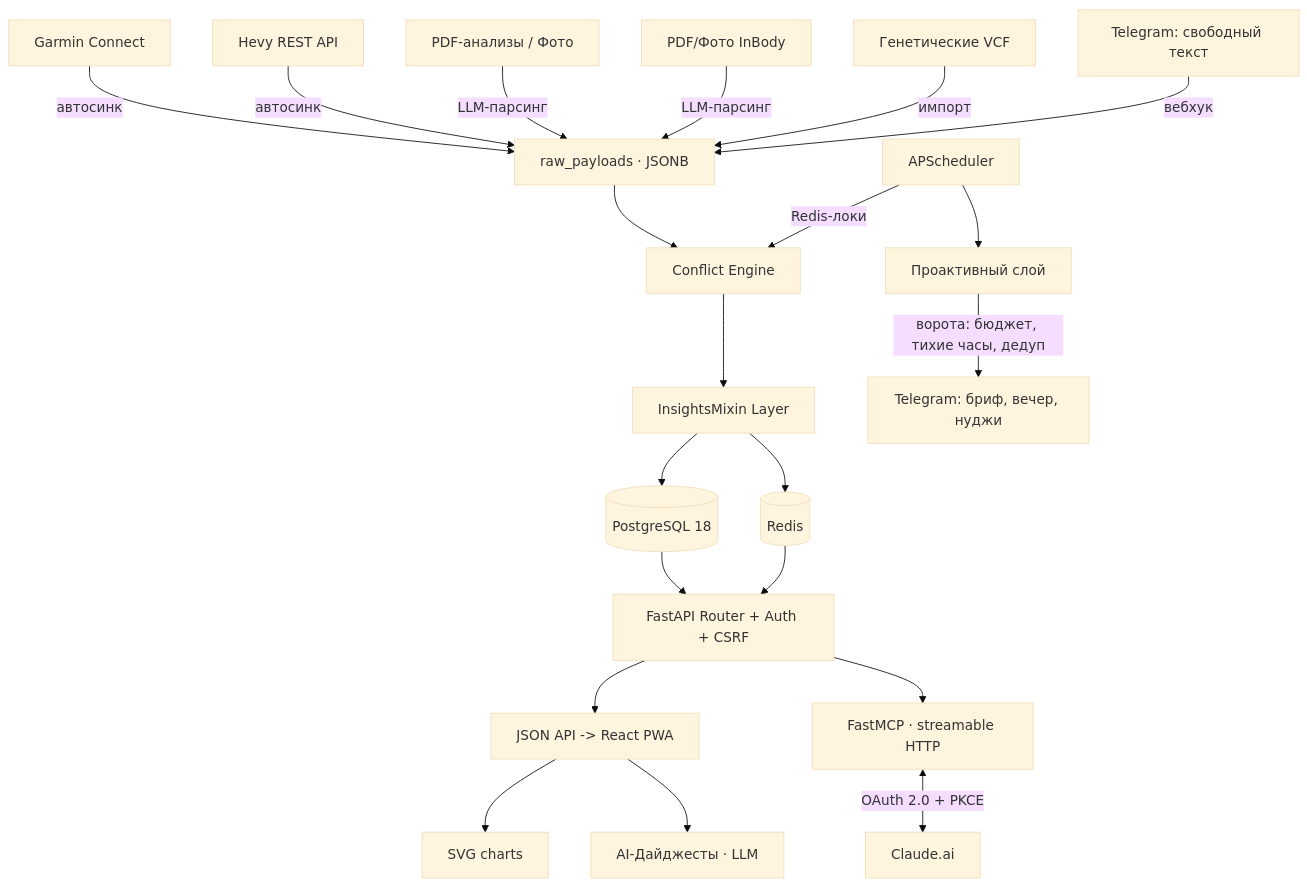
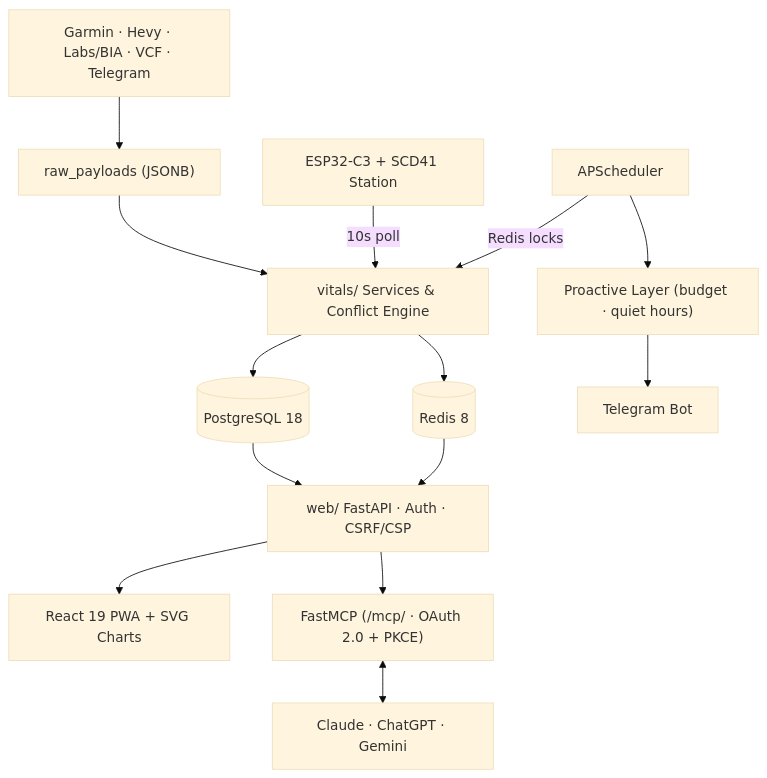
Before and after one commit to ilodezis/vitals: the first of 2 diagrams in README.md, drawn with Mermaid (base theme). The commit also changed other lines of this file, not shown here.

Commit message:
docs(readme): trim bloat, put English first, and add architecture diagram

````diff
--- a/README.md
+++ b/README.md
@@ -320,27 +62,15 @@
 ```mermaid
-graph TD
-    Garmin[Garmin Connect] -->|автосинк| Raw[raw_payloads · JSONB]
-    Hevy[Hevy REST API] -->|автосинк| Raw
-    Labs[PDF-анализы / Фото] -->|LLM-парсинг| Raw
-    BIA[PDF/Фото InBody] -->|LLM-парсинг| Raw
-    VCF[Генетические VCF] -->|импорт| Raw
-    TGin[Telegram: свободный текст] -->|вебхук| Raw
-
-    Raw --> CE[Conflict Engine]
-    CE --> IL[InsightsMixin Layer]
-    Scheduler[APScheduler] -->|Redis-локи| CE
-
-    IL --> DB[(PostgreSQL 18)]
-    IL --> Cache[(Redis)]
-
-    DB & Cache --> FastAPI[FastAPI Router + Auth + CSRF]
-
-    FastAPI --> UI[JSON API -> React PWA]
-    FastAPI --> MCP[FastMCP · streamable HTTP]
-    Scheduler --> PL[Проактивный слой]
-    PL -->|ворота: бюджет, тихие часы, дедуп| TGout[Telegram: бриф, вечер, нуджи]
-
-    UI --> Charts[SVG charts]
-    UI --> AI[AI-Дайджесты · LLM]
-    MCP <-->|OAuth 2.0 + PKCE| Claude[Claude.ai]
+flowchart TD
+    Sources["Garmin · Hevy · Labs/BIA · VCF · Telegram"] --> Raw["raw_payloads (JSONB)"]
+    Raw --> Services["vitals/ Services & Conflict Engine"]
+    Env["ESP32-C3 + SCD41 Station"] -->|10s poll| Services
+    Scheduler["APScheduler"] -->|Redis locks| Services
+    Services --> DB[("PostgreSQL 18")]
+    Services --> Redis[("Redis 8")]
+    DB & Redis --> API["web/ FastAPI · Auth · CSRF/CSP"]
+    API --> PWA["React 19 PWA + SVG Charts"]
+    API --> MCP["FastMCP (/mcp/ · OAuth 2.0 + PKCE)"]
+    Scheduler --> Proactive["Proactive Layer (budget · quiet hours)"]
+    Proactive --> TG["Telegram Bot"]
+    MCP <--> AI["Claude · ChatGPT · Gemini"]
 ```
````
